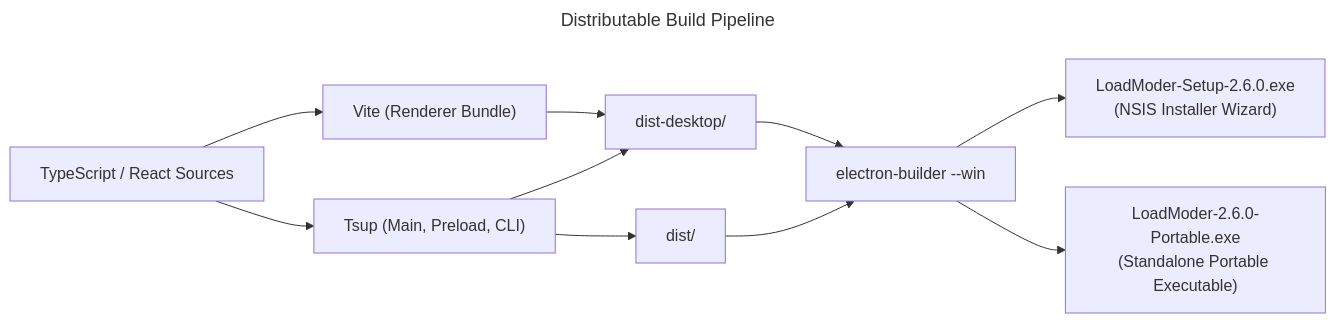
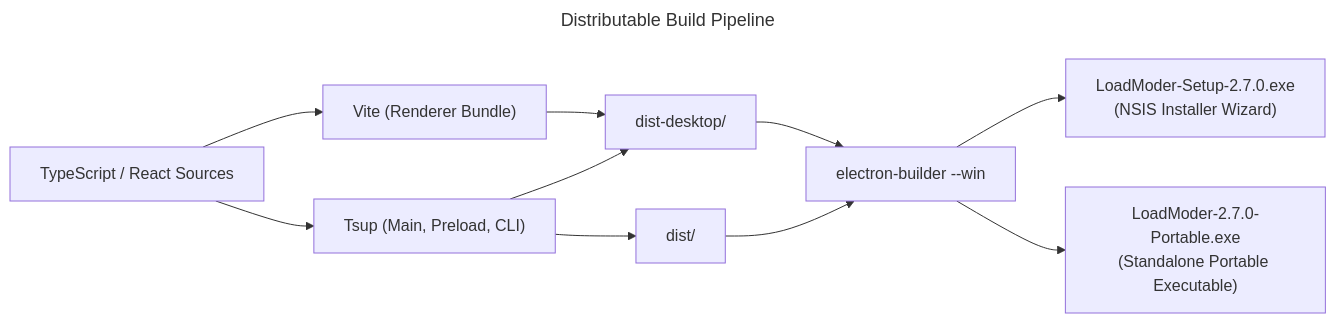
One commit to 2Hafast8/LoadModer changed the fifth of 5 diagrams in docs/c4-architecture.md. Above: the diagram before and after it, drawn with Mermaid. The commit also changed 49 other files, not shown here.

````diff
--- a/docs/c4-architecture.md
+++ b/docs/c4-architecture.md
@@ -192,17 +192,17 @@
 ```mermaid
 ---
 title: Distributable Build Pipeline
 ---
 flowchart LR
     SourceCode["TypeScript / React Sources"] --> Vite["Vite (Renderer Bundle)"]
     SourceCode --> Tsup["Tsup (Main, Preload, CLI)"]
     Vite --> DesktopDist["dist-desktop/"]
     Tsup --> DesktopDist
     Tsup --> CliDist["dist/"]
 
     DesktopDist --> Builder["electron-builder --win"]
     CliDist --> Builder
 
-    Builder --> NSIS["LoadModer-Setup-2.6.0.exe\n(NSIS Installer Wizard)"]
-    Builder --> Portable["LoadModer-2.6.0-Portable.exe\n(Standalone Portable Executable)"]
+    Builder --> NSIS["LoadModer-Setup-2.7.0.exe\n(NSIS Installer Wizard)"]
+    Builder --> Portable["LoadModer-2.7.0-Portable.exe\n(Standalone Portable Executable)"]
 ```
````
